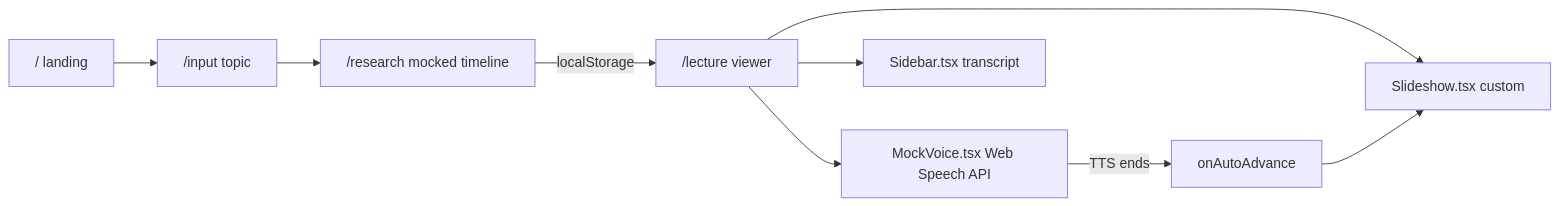
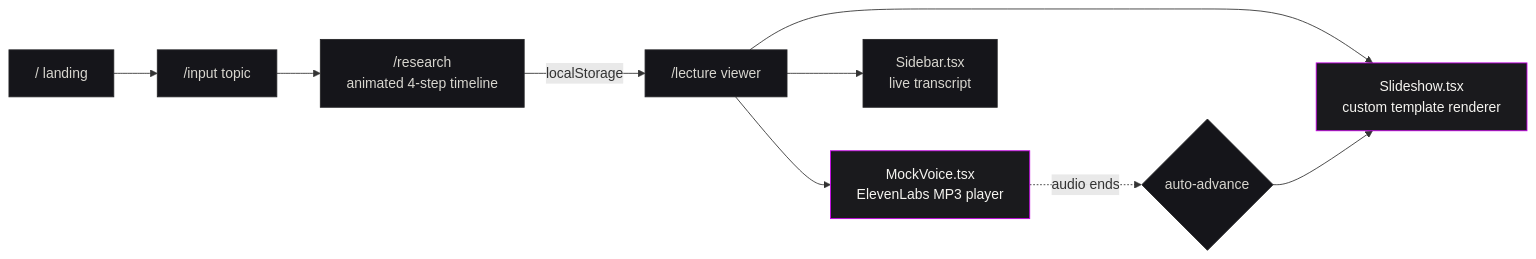
Before and after one commit to IdkwhatImD0ing/AdaptEd: the second of 2 diagrams in README.md, drawn with Mermaid. The commit also changed other lines of this file and 33 other files, not shown here.

````diff
--- a/README.md
+++ b/README.md
@@ -77,11 +152,16 @@
 ```mermaid
 flowchart LR
   landing["/ landing"] --> input["/input topic"]
-  input --> research["/research mocked timeline"]
+  input --> research["/research<br/>animated 4-step timeline"]
   research -- localStorage --> lecture["/lecture viewer"]
-  lecture --> mockVoice["MockVoice.tsx Web Speech API"]
-  lecture --> slideshow["Slideshow.tsx custom"]
-  lecture --> sidebar["Sidebar.tsx transcript"]
-  mockVoice -- TTS ends --> autoAdvance[onAutoAdvance]
+  lecture --> mockVoice["MockVoice.tsx<br/>ElevenLabs MP3 player"]
+  lecture --> slideshow["Slideshow.tsx<br/>custom template renderer"]
+  lecture --> sidebar["Sidebar.tsx<br/>live transcript"]
+  mockVoice -. audio ends .-> autoAdvance{auto-advance}
   autoAdvance --> slideshow
+
+  classDef hot fill:#1a1a1d,stroke:#c700e7,color:#f5f4f0;
+  classDef cold fill:#15151a,stroke:#252528,color:#d8d6cf;
+  class mockVoice,slideshow hot;
+  class landing,input,research,lecture,sidebar,autoAdvance cold;
 ```
````
